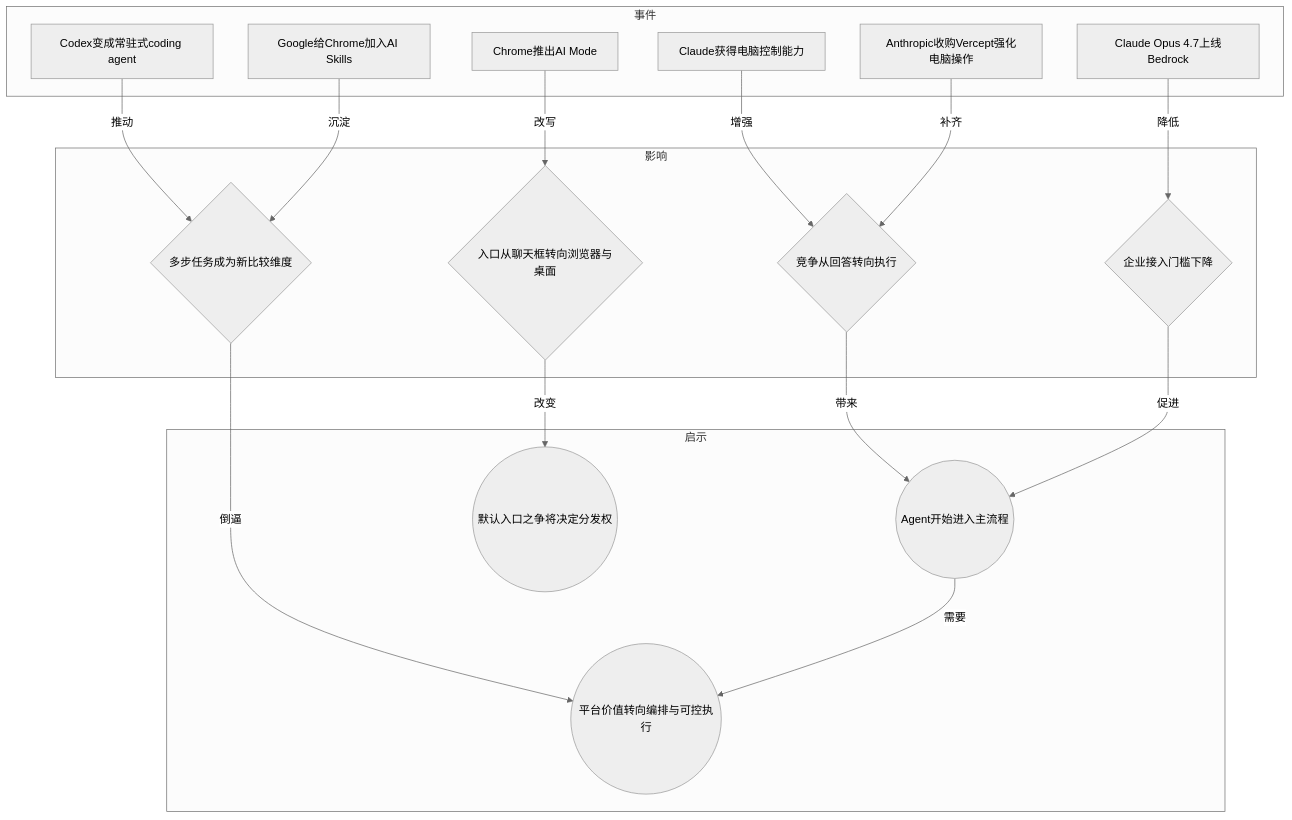
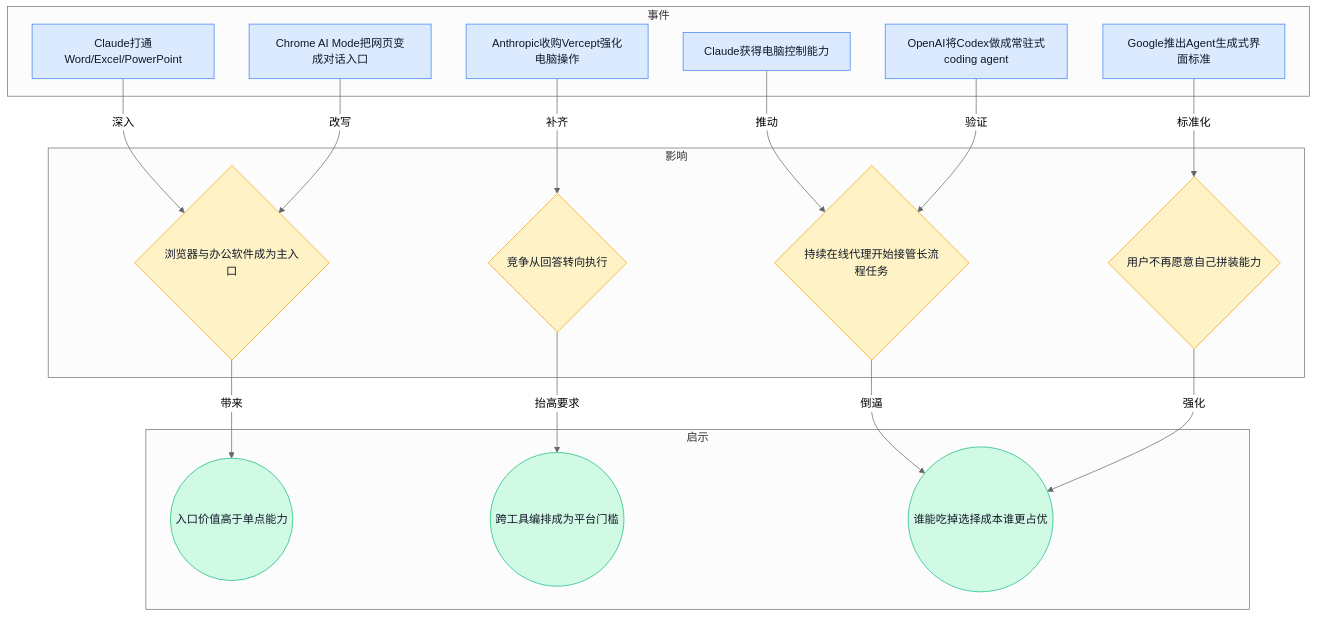
The second of 8 diagrams in content/cn/blog/weekly/2026-W16.md (ylzsdafei/ai-daily-site), drawn with Mermaid (neutral theme) before and after one commit. The commit also changed other lines of this file and 1 other file, not shown here.

````diff
--- a/content/cn/blog/weekly/2026-W16.md
+++ b/content/cn/blog/weekly/2026-W16.md
@@ -34,33 +36,38 @@
 ```mermaid
 graph TD
 subgraph 事件
-A[Claude获得电脑控制能力]
-B[Anthropic收购Vercept强化电脑操作]
-C[Codex变成常驻式coding agent]
-D[Chrome推出AI Mode]
-E[Google给Chrome加入AI Skills]
-F[Claude Opus 4.7上线Bedrock]
+A1[Anthropic收购Vercept强化电脑操作]
+A2[Claude打通Word/Excel/PowerPoint]
+A3[Claude获得电脑控制能力]
+A4[OpenAI将Codex做成常驻式coding agent]
+A5[Chrome AI Mode把网页变成对话入口]
+A6[Google推出Agent生成式界面标准]
 end
 subgraph 影响
-G{竞争从回答转向执行}
-H{入口从聊天框转向浏览器与桌面}
-I{企业接入门槛下降}
-J{多步任务成为新比较维度}
+B1{竞争从回答转向执行}
+B2{浏览器与办公软件成为主入口}
+B3{持续在线代理开始接管长流程任务}
+B4{用户不再愿意自己拼装能力}
 end
 subgraph 启示
-K((Agent开始进入主流程))
-L((平台价值转向编排与可控执行))
-M((默认入口之争将决定分发权))
+C1((入口价值高于单点能力))
+C2((跨工具编排成为平台门槛))
+C3((谁能吃掉选择成本谁更占优))
 end
-A -->|增强| G
-B -->|补齐| G
-C -->|推动| J
-D -->|改写| H
-E -->|沉淀| J
-F -->|降低| I
-G -->|带来| K
-H -->|改变| M
-I -->|促进| K
-J -->|倒逼| L
-K -->|需要| L
+A1 -->|补齐| B1
+A2 -->|深入| B2
+A3 -->|推动| B3
+A4 -->|验证| B3
+A5 -->|改写| B2
+A6 -->|标准化| B4
+B1 -->|抬高要求| C2
+B2 -->|带来| C1
+B3 -->|倒逼| C3
+B4 -->|强化| C3
+classDef blue fill:#dbeafe,stroke:#3b82f6,color:#111827
+classDef yellow fill:#fef3c7,stroke:#f59e0b,color:#111827
+classDef green fill:#d1fae5,stroke:#10b981,color:#111827
+class A1,A2,A3,A4,A5,A6 blue
+class B1,B2,B3,B4 yellow
+class C1,C2,C3 green
 ```
````
